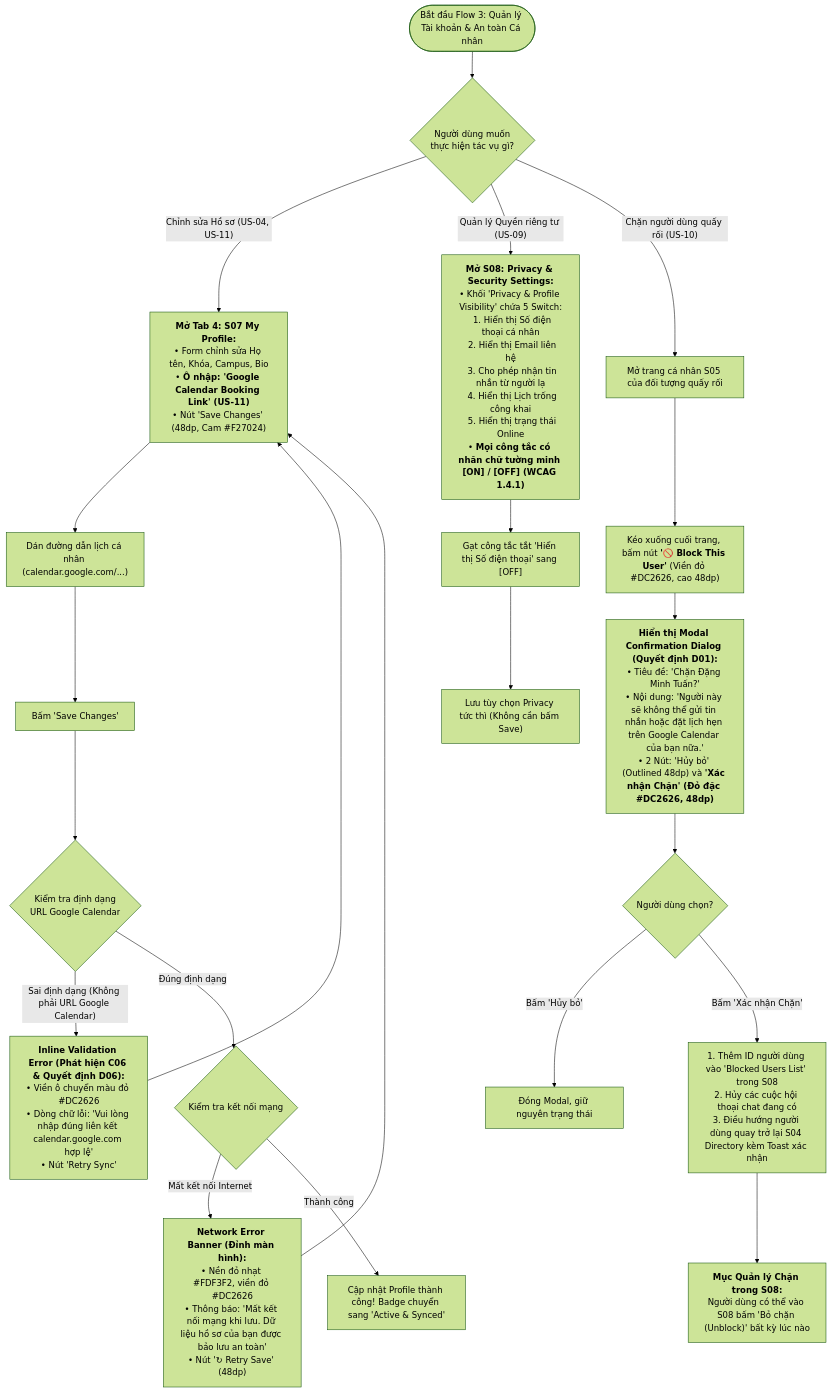
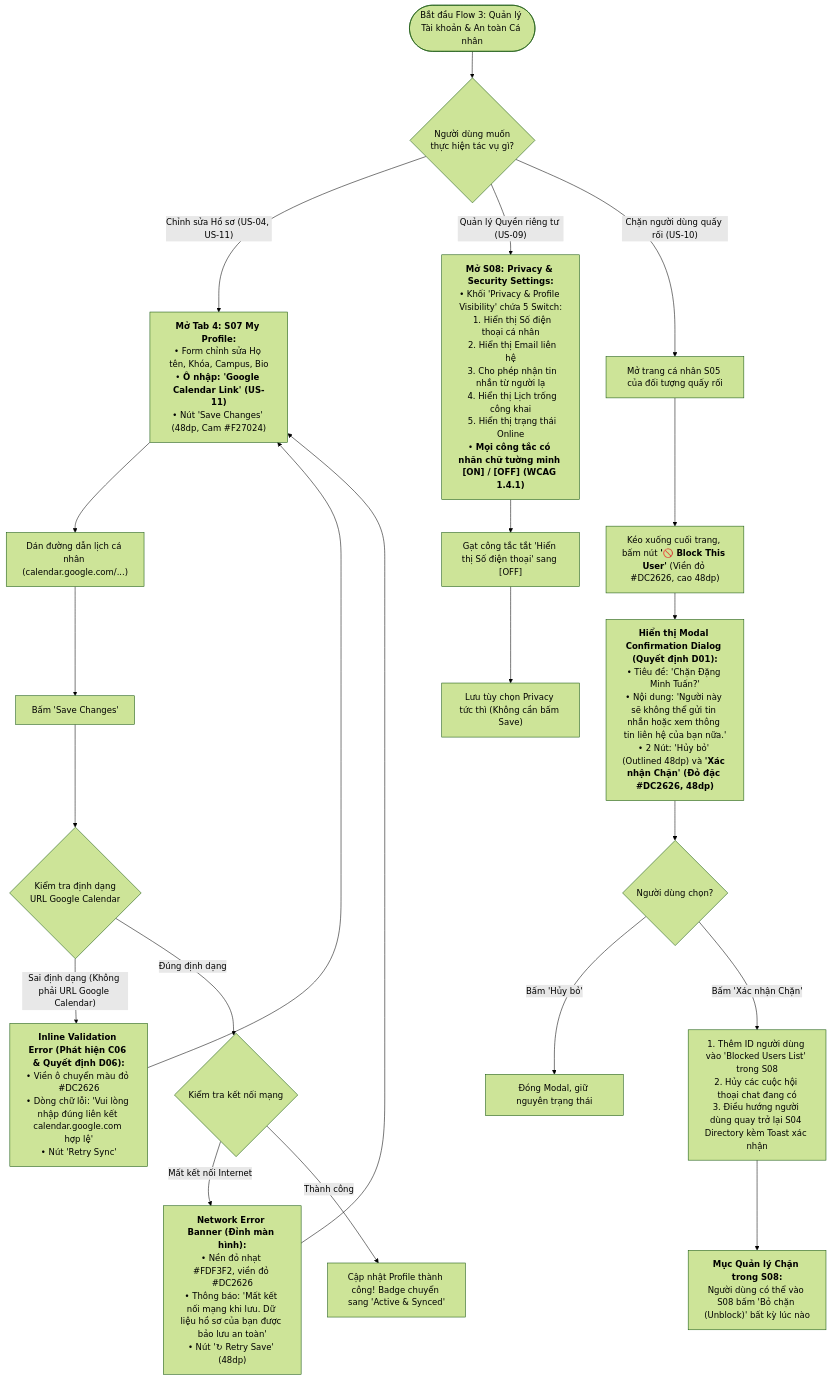
The fourth of 4 diagrams in ux/user-flow.md (F-Alumni/UI-UX), drawn with Mermaid (forest theme) before and after one commit. The commit also changed other lines of this file and 3 other files, not shown here.

Commit message:
fix(docs): align Google Calendar to link-sharing only and remove all booking/slot logic

````diff
--- a/ux/user-flow.md
+++ b/ux/user-flow.md
@@ -195,32 +193,32 @@
 ```mermaid
 flowchart TD
     F03_START(["Bắt đầu Flow 3: Quản lý Tài khoản & An toàn Cá nhân"]) --> F03_CHOICE{"Người dùng muốn<br>thực hiện tác vụ gì?"}
 
     %% Nhánh 1: Cập nhật Profile & Link Calendar
-    F03_CHOICE -- "Chỉnh sửa Hồ sơ (US-04, US-11)" --> F03_S07["<b>Mở Tab 4: S07 My Profile:</b><br>• Form chỉnh sửa Họ tên, Khóa, Campus, Bio<br>• <b>Ô nhập: 'Google Calendar Booking Link' (US-11)</b><br>• Nút 'Save Changes' (48dp, Cam #F27024)"]
+    F03_CHOICE -- "Chỉnh sửa Hồ sơ (US-04, US-11)" --> F03_S07["<b>Mở Tab 4: S07 My Profile:</b><br>• Form chỉnh sửa Họ tên, Khóa, Campus, Bio<br>• <b>Ô nhập: 'Google Calendar Link' (US-11)</b><br>• Nút 'Save Changes' (48dp, Cam #F27024)"]
     F03_S07 --> F03_INPUT_CAL["Dán đường dẫn lịch cá nhân (calendar.google.com/...)"]
     F03_INPUT_CAL --> F03_SAVE_PROFILE["Bấm 'Save Changes'"]
 
     F03_SAVE_PROFILE --> F03_CHECK_URL{"Kiểm tra định dạng<br>URL Google Calendar"}
     F03_CHECK_URL -- "Sai định dạng (Không phải URL Google Calendar)" --> F03_URL_ERR["<b>Inline Validation Error (Phát hiện C06 & Quyết định D06):</b><br>• Viền ô chuyển màu đỏ #DC2626<br>• Dòng chữ lỗi: 'Vui lòng nhập đúng liên kết calendar.google.com hợp lệ'<br>• Nút 'Retry Sync'"]
     F03_URL_ERR --> F03_S07
 
     F03_CHECK_URL -- "Đúng định dạng" --> F03_CHECK_NET{"Kiểm tra kết nối mạng"}
     F03_CHECK_NET -- "Mất kết nối Internet" --> F03_NET_ERR["<b>Network Error Banner (Đỉnh màn hình):</b><br>• Nền đỏ nhạt #FDF3F2, viền đỏ #DC2626<br>• Thông báo: 'Mất kết nối mạng khi lưu. Dữ liệu hồ sơ của bạn được bảo lưu an toàn'<br>• Nút '↻ Retry Save' (48dp)"]
     F03_NET_ERR --> F03_S07
     F03_CHECK_NET -- "Thành công" --> F03_SAVE_OK["Cập nhật Profile thành công! Badge chuyển sang 'Active & Synced'"]
 
     %% Nhánh 2: Cài đặt Riêng tư (Privacy)
     F03_CHOICE -- "Quản lý Quyền riêng tư (US-09)" --> F03_S08["<b>Mở S08: Privacy & Security Settings:</b><br>• Khối 'Privacy & Profile Visibility' chứa 5 Switch:<br>  1. Hiển thị Số điện thoại cá nhân<br>  2. Hiển thị Email liên hệ<br>  3. Cho phép nhận tin nhắn từ người lạ<br>  4. Hiển thị Lịch trống công khai<br>  5. Hiển thị trạng thái Online<br>• <b>Mọi công tắc có nhãn chữ tường minh [ON] / [OFF] (WCAG 1.4.1)</b>"]
     F03_S08 --> F03_TOGGLE_SWITCH["Gạt công tắc tắt 'Hiển thị Số điện thoại' sang [OFF]"]
     F03_TOGGLE_SWITCH --> F03_PRIVACY_SYNC["Lưu tùy chọn Privacy tức thì (Không cần bấm Save)"]
 
     %% Nhánh 3: Chặn tài khoản quấy rối (US-10)
     F03_CHOICE -- "Chặn người dùng quấy rối (US-10)" --> F03_OPEN_OFFENDER["Mở trang cá nhân S05 của đối tượng quấy rối"]
     F03_OPEN_OFFENDER --> F03_CLICK_BLOCK["Kéo xuống cuối trang, bấm nút <b>'🚫 Block This User'</b> (Viền đỏ #DC2626, cao 48dp)"]
-    F03_CLICK_BLOCK --> F03_MODAL_CONFIRM["<b>Hiển thị Modal Confirmation Dialog (Quyết định D01):</b><br>• Tiêu đề: 'Chặn Đặng Minh Tuấn?'<br>• Nội dung: 'Người này sẽ không thể gửi tin nhắn hoặc đặt lịch hẹn trên Google Calendar của bạn nữa.'<br>• 2 Nút: 'Hủy bỏ' (Outlined 48dp) và <b>'Xác nhận Chặn' (Đỏ đặc #DC2626, 48dp)</b>"]
+    F03_CLICK_BLOCK --> F03_MODAL_CONFIRM["<b>Hiển thị Modal Confirmation Dialog (Quyết định D01):</b><br>• Tiêu đề: 'Chặn Đặng Minh Tuấn?'<br>• Nội dung: 'Người này sẽ không thể gửi tin nhắn hoặc xem thông tin liên hệ của bạn nữa.'<br>• 2 Nút: 'Hủy bỏ' (Outlined 48dp) và <b>'Xác nhận Chặn' (Đỏ đặc #DC2626, 48dp)</b>"]
     F03_MODAL_CONFIRM --> F03_USER_DECISION{"Người dùng chọn?"}
     F03_USER_DECISION -- "Bấm 'Hủy bỏ'" --> F03_CANCEL_BLOCK["Đóng Modal, giữ nguyên trạng thái"]
     F03_USER_DECISION -- "Bấm 'Xác nhận Chặn'" --> F03_EXECUTE_BLOCK["1. Thêm ID người dùng vào 'Blocked Users List' trong S08<br>2. Hủy các cuộc hội thoại chat đang có<br>3. Điều hướng người dùng quay trở lại S04 Directory kèm Toast xác nhận"]
     F03_EXECUTE_BLOCK --> F03_BLOCKED_MANAGEMENT["<b>Mục Quản lý Chặn trong S08:</b><br>Người dùng có thể vào S08 bấm 'Bỏ chặn (Unblock)' bất kỳ lúc nào"]
 ```
````
